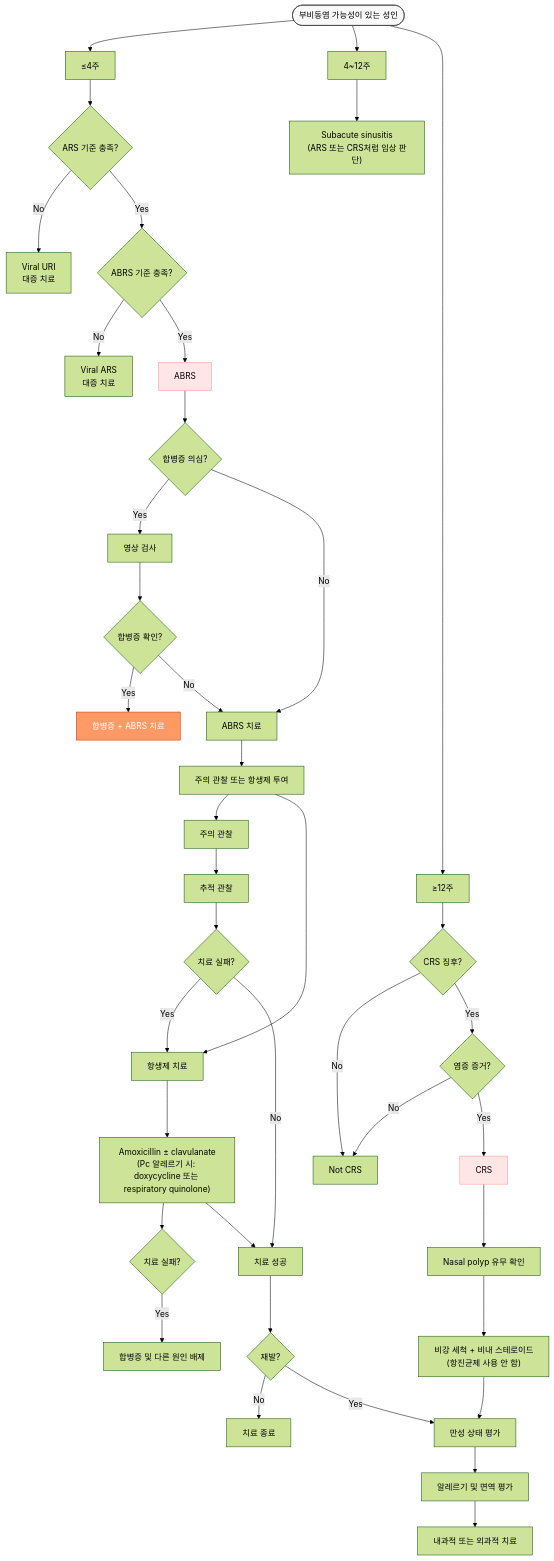
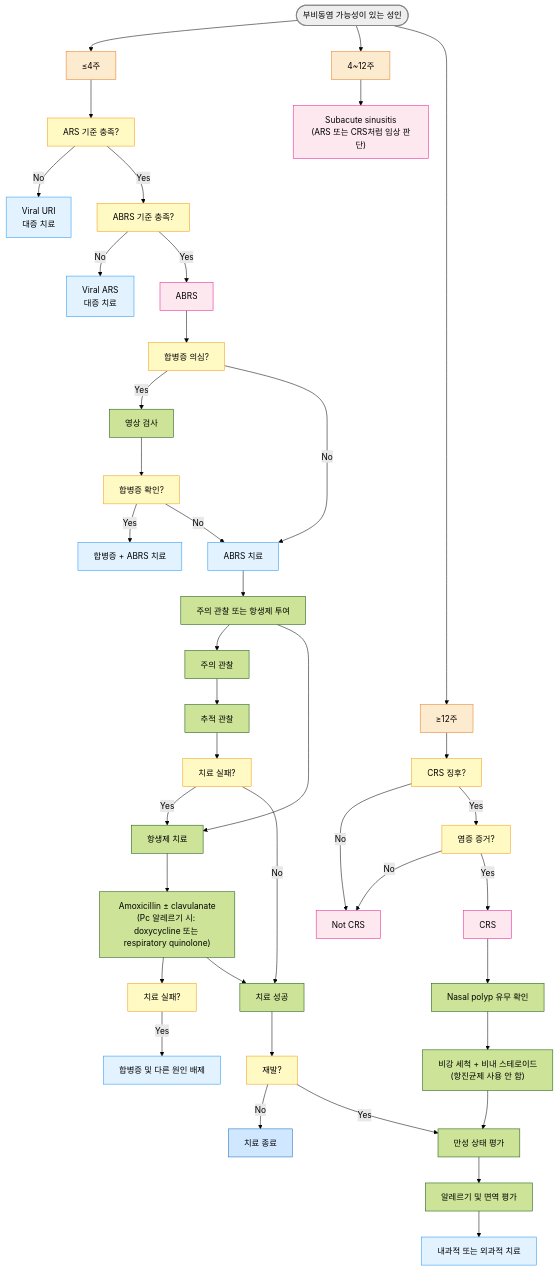
Before and after one commit to familyoh77/familyoh77: the diagram in 222_/053_-rhinosinusitis-sinusitis.md, drawn with Mermaid (forest theme).

Commit message:
GITBOOK-786: No subject

````diff
--- a/222_/053_-rhinosinusitis-sinusitis.md
+++ b/222_/053_-rhinosinusitis-sinusitis.md
@@ -391,63 +391,70 @@
 ```mermaid
 graph TD
     Start([부비동염 가능성이 있는 성인])
 
     Start --> LT4["≤4주"]
     Start --> B4to12["4~12주"]
     Start --> GT12["≥12주"]
 
-    LT4 --> ARS_C{ARS 기준 충족?}
-    ARS_C -- No --> Viral_URI[Viral URI\n대증 치료]
-    ARS_C -- Yes --> ABRS_C{ABRS 기준 충족?}
+    LT4 --> ARS_C[ARS 기준 충족?]
+    ARS_C -- No --> Viral_URI[Viral URI<br/>대증 치료]
+    ARS_C -- Yes --> ABRS_C[ABRS 기준 충족?]
 
-    ABRS_C -- No --> Viral_ARS[Viral ARS\n대증 치료]
+    ABRS_C -- No --> Viral_ARS[Viral ARS<br/>대증 치료]
     ABRS_C -- Yes --> ABRS[ABRS]
 
-    ABRS --> Comp_1{합병증 의심?}
+    ABRS --> Comp_1[합병증 의심?]
     Comp_1 -- Yes --> Imaging[영상 검사]
     Comp_1 -- No --> ABRS_Tx[ABRS 치료]
 
-    Imaging --> Comp_2{합병증 확인?}
+    Imaging --> Comp_2[합병증 확인?]
     Comp_2 -- Yes --> Comp_Tx[합병증 + ABRS 치료]
     Comp_2 -- No --> ABRS_Tx
 
     ABRS_Tx --> Watch_Abx[주의 관찰 또는 항생제 투여]
     Watch_Abx --> Watch[주의 관찰]
     Watch_Abx --> Abx[항생제 치료]
 
     Watch --> Follow[추적 관찰]
-    Follow --> Fail_1{치료 실패?}
+    Follow --> Fail_1[치료 실패?]
     Fail_1 -- Yes --> Abx
     Fail_1 -- No --> Success
 
-    Abx --> Amox["Amoxicillin ± clavulanate\n(Pc 알레르기 시: doxycycline 또는 respiratory quinolone)"]
-    Amox --> Fail_2{치료 실패?}
+    Abx --> Amox["Amoxicillin ± clavulanate<br/>(Pc 알레르기 시: doxycycline 또는 respiratory quinolone)"]
+    Amox --> Fail_2[치료 실패?]
     Amox --> Success[치료 성공]
 
-    Success --> Recur{재발?}
+    Success --> Recur[재발?]
     Recur -- No --> End[치료 종료]
     Recur -- Yes --> Eval_C
 
     Fail_2 -- Yes --> Other_Rule[합병증 및 다른 원인 배제]
 
-    B4to12 --> Subacute["Subacute sinusitis\n(ARS 또는 CRS처럼 임상 판단)"]
+    B4to12 --> Subacute["Subacute sinusitis<br/>(ARS 또는 CRS처럼 임상 판단)"]
 
-    GT12 --> CRS_S{CRS 징후?}
+    GT12 --> CRS_S[CRS 징후?]
     CRS_S -- No --> Not_CRS[Not CRS]
-    CRS_S -- Yes --> Inflam_E{염증 증거?}
+    CRS_S -- Yes --> Inflam_E[염증 증거?]
 
     Inflam_E -- No --> Not_CRS
     Inflam_E -- Yes --> CRS[CRS]
 
     CRS --> Polyp[Nasal polyp 유무 확인]
-    Polyp --> Saline["비강 세척 + 비내 스테로이드\n(항진균제 사용 안 함)"]
+    Polyp --> Saline["비강 세척 + 비내 스테로이드<br/>(항진균제 사용 안 함)"]
     Saline --> Eval_C[만성 상태 평가]
 
     Eval_C --> Eval_IM[알레르기 및 면역 평가]
     Eval_IM --> Final_Tx[내과적 또는 외과적 치료]
 
-    style Start fill:#f9f9f9,stroke:#333
-    style ABRS fill:#ffe6e6,stroke:#ff9999
-    style CRS fill:#ffe6e6,stroke:#ff9999
-    style Comp_Tx fill:#ff9966,stroke:#cc3300,color:#fff
+    style Start fill:#eeeeee,stroke:#888888,stroke-width:2px
+    classDef orange fill:#fdebd0,stroke:#e67e22
+    class LT4,B4to12,GT12 orange
+    classDef yellow fill:#fff9c4,stroke:#f39c12
+    class ARS_C,ABRS_C,Comp_1,Comp_2,Fail_1,Fail_2,Recur,CRS_S,Inflam_E yellow
+    classDef pink fill:#fde8f0,stroke:#e91e8c
+    class ABRS,CRS,Not_CRS,Subacute pink
+    classDef sky fill:#e3f2ff,stroke:#2196f3
+    class Viral_ARS,ABRS_Tx,Comp_Tx,Viral_URI,Final_Tx,Other_Rule sky
+    style End fill:#d0e8ff,stroke:#1a6abf
+    
 ```
````
